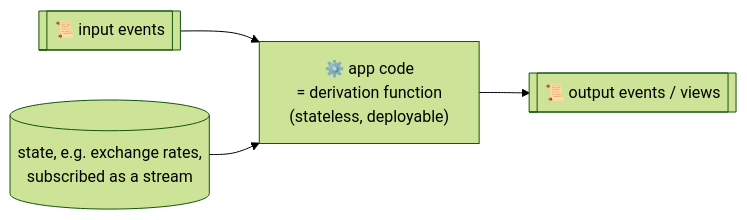
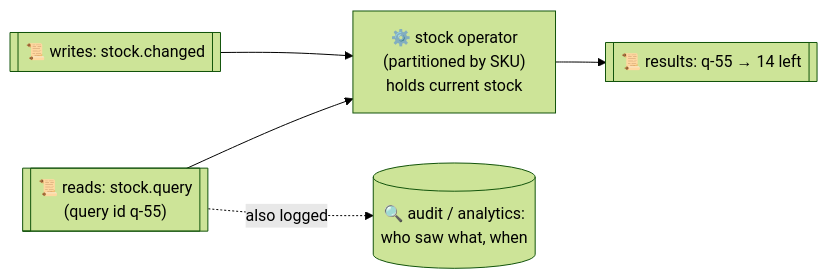
One commit to pratikguru998/ddia-book changed diagram 19 of 34 in docs/chapters/part-3/12-future.mdx. Above: the diagram before and after it, drawn with Mermaid (forest theme). The commit also changed other lines of this file and 13 other files, not shown here.

Commit message:
Expand all 12 chapters: every book subsection, deeper notes, ~320 diagrams

````diff
--- a/docs/chapters/part-3/12-future.mdx
+++ b/docs/chapters/part-3/12-future.mdx
@@ -89,6 +661,7 @@
 ```mermaid
 flowchart LR
-  E[["📜 input events"]] --> F["⚙️ app code<br/>= derivation function<br/>(stateless, deployable)"]
-  ST[("state, e.g. exchange rates,<br/>subscribed as a stream")] --> F
-  F --> O[["📜 output events / views"]]
+  WR[["📜 writes: stock.changed"]] --> OP["⚙️ stock operator<br/>(partitioned by SKU)<br/>holds current stock"]
+  RD[["📜 reads: stock.query<br/>(query id q-55)"]] --> OP
+  OP --> RES[["📜 results: q-55 → 14 left"]]
+  RD -.->|"also logged"| AUD[("🔍 audit / analytics:<br/>who saw what, when")]
 ```
````
